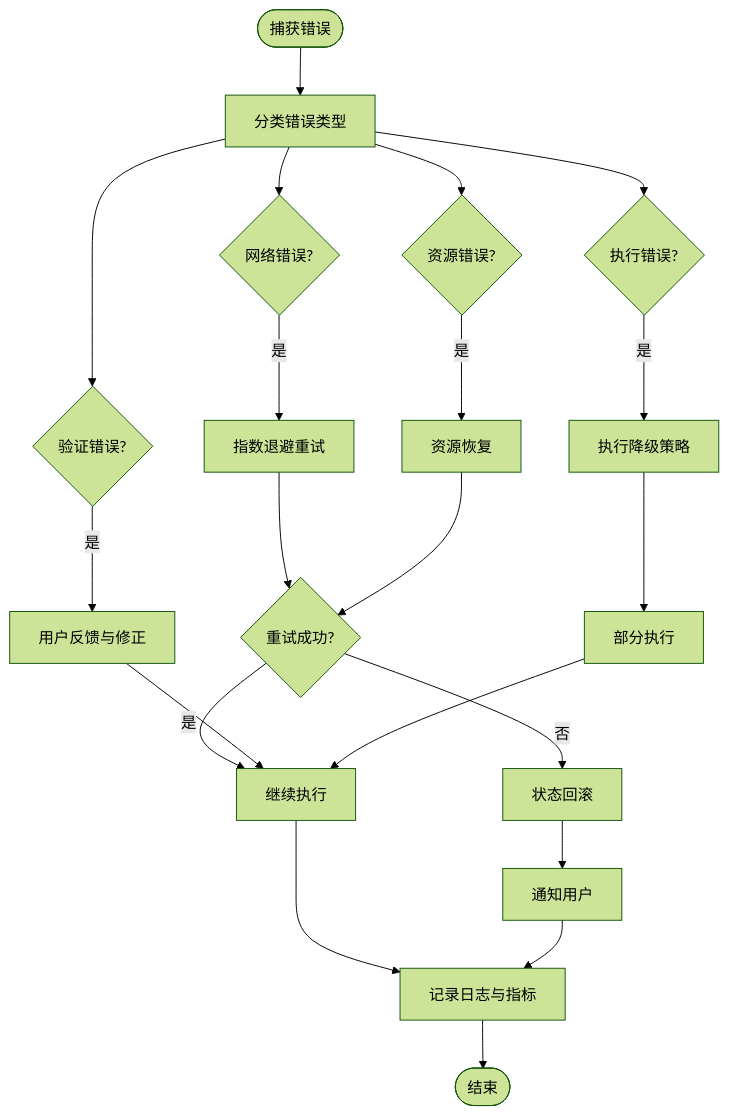
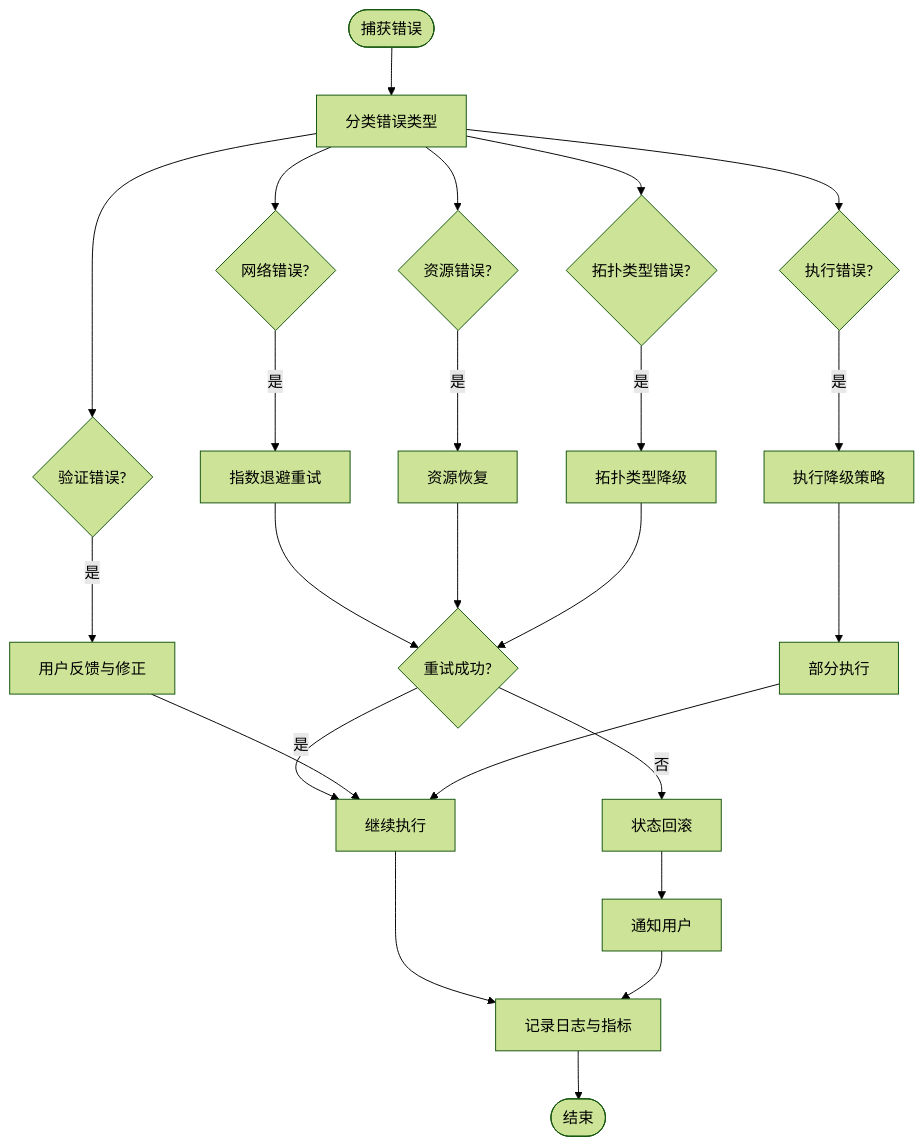
Before and after one commit to scottcwy/PurpleInk: diagram 12 of 16 in .qoder/repowiki/zh/content/画布编辑器/画布编辑器.md, drawn with Mermaid (forest theme). The commit also changed other lines of this file and 29 other files, not shown here.

````diff
--- a/.qoder/repowiki/zh/content/画布编辑器/画布编辑器.md
+++ b/.qoder/repowiki/zh/content/画布编辑器/画布编辑器.md
@@ -571,23 +664,26 @@
 ```mermaid
 flowchart TD
 Start(["捕获错误"]) --> Classify["分类错误类型"]
 Classify --> NetworkErr{"网络错误?"}
 Classify --> ValidationErr{"验证错误?"}
 Classify --> ExecutionErr{"执行错误?"}
 Classify --> ResourceErr{"资源错误?"}
+Classify --> TopologyErr{"拓扑类型错误?"}
 NetworkErr --> |是| RetryWithBackoff["指数退避重试"]
 ValidationErr --> |是| UserFeedback["用户反馈与修正"]
 ExecutionErr --> |是| FallbackStrategy["执行降级策略"]
 ResourceErr --> |是| ResourceRecovery["资源恢复"]
+TopologyErr --> |是| TopologyFallback["拓扑类型降级"]
 RetryWithBackoff --> Success{"重试成功?"}
 FallbackStrategy --> PartialExec["部分执行"]
 ResourceRecovery --> Success
+TopologyFallback --> Success
 Success --> |是| Continue["继续执行"]
 Success --> |否| Rollback["状态回滚"]
 UserFeedback --> Continue
 PartialExec --> Continue
 Rollback --> Notify["通知用户"]
 Continue --> Log["记录日志与指标"]
 Notify --> Log
 Log --> End(["结束"])
 ```
````
